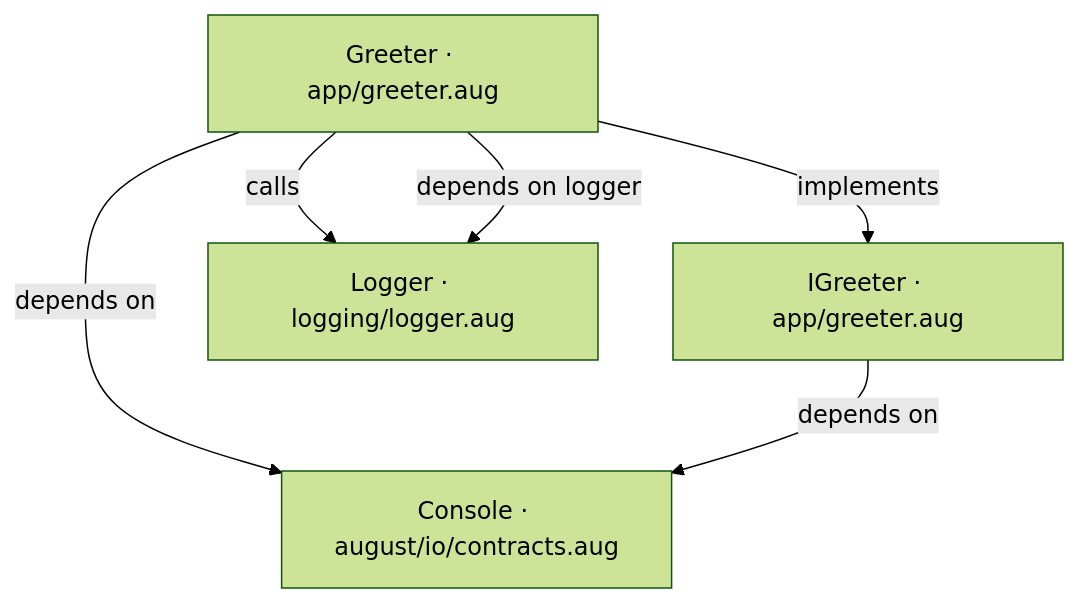
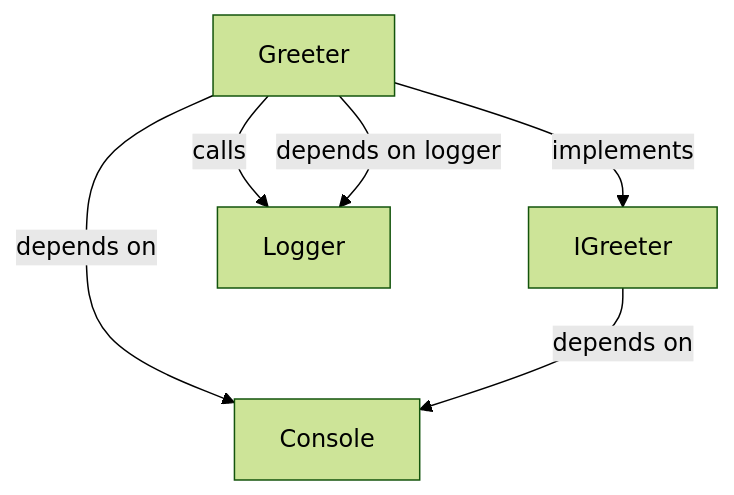
One commit to GreenPandaStudios/augscript changed the diagram in docs/.vitepress/home-diagram.md. Above: the diagram before and after it, drawn with Mermaid (forest theme). The commit also changed 524 other files, not shown here.

Commit message:
Explain checked data flow at folder and service levels

````diff
--- a/docs/.vitepress/home-diagram.md
+++ b/docs/.vitepress/home-diagram.md
@@ -3,12 +3,12 @@
 ```mermaid
 flowchart TD
-    n0["Greeter · app/greeter.aug"]
-    n1["IGreeter · app/greeter.aug"]
-    n2["Console · august/io/contracts.aug"]
-    n3["Logger · logging/logger.aug"]
+    n0["Greeter"]
+    n1["IGreeter"]
+    n2["Console"]
+    n3["Logger"]
     n0 -->|"implements"| n1
     n0 -->|"depends on"| n2
     n0 -->|"calls"| n3
     n0 -->|"depends on logger"| n3
     n1 -->|"depends on"| n2
 ```
````
